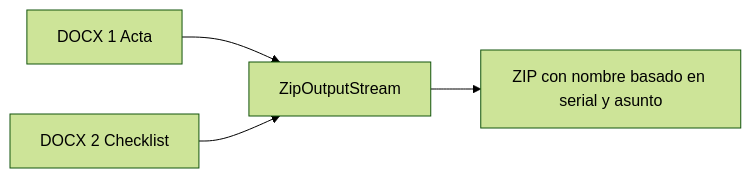
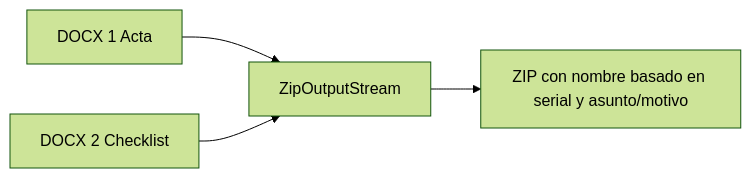
One commit to juanjosehc/actas-glpi changed the ninth of 11 diagrams in FLUJO_FUNCIONAL.md. Above: the diagram before and after it, drawn with Mermaid (forest theme). The commit also changed other lines of this file and 16 other files, not shown here.

````diff
--- a/FLUJO_FUNCIONAL.md
+++ b/FLUJO_FUNCIONAL.md
@@ -341,6 +380,6 @@
 ```mermaid
 flowchart LR
     A[DOCX 1 Acta] --> C[ZipOutputStream]
     B[DOCX 2 Checklist] --> C
-    C --> D[ZIP con nombre basado en serial y asunto]
+    C --> D[ZIP con nombre basado en serial y asunto/motivo]
 ```
````
